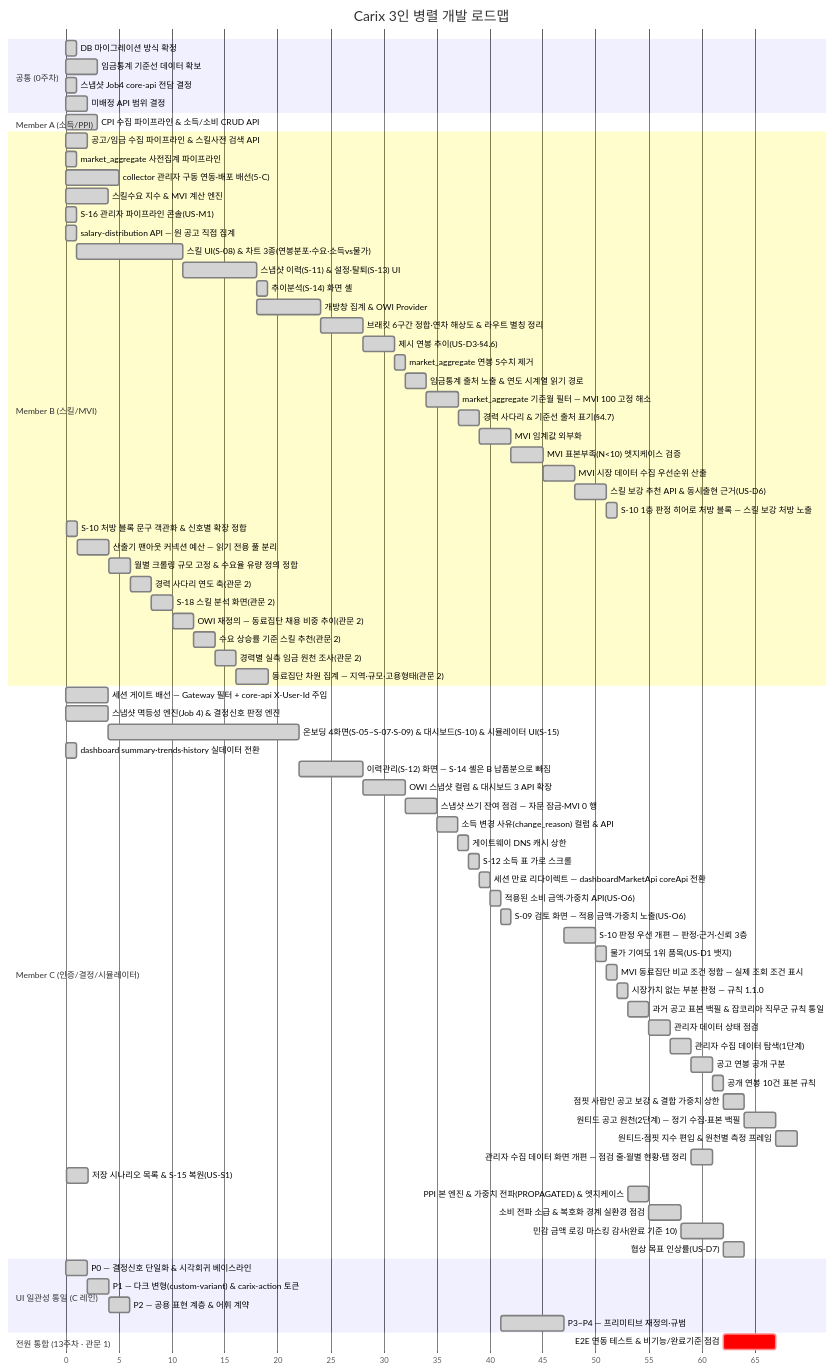
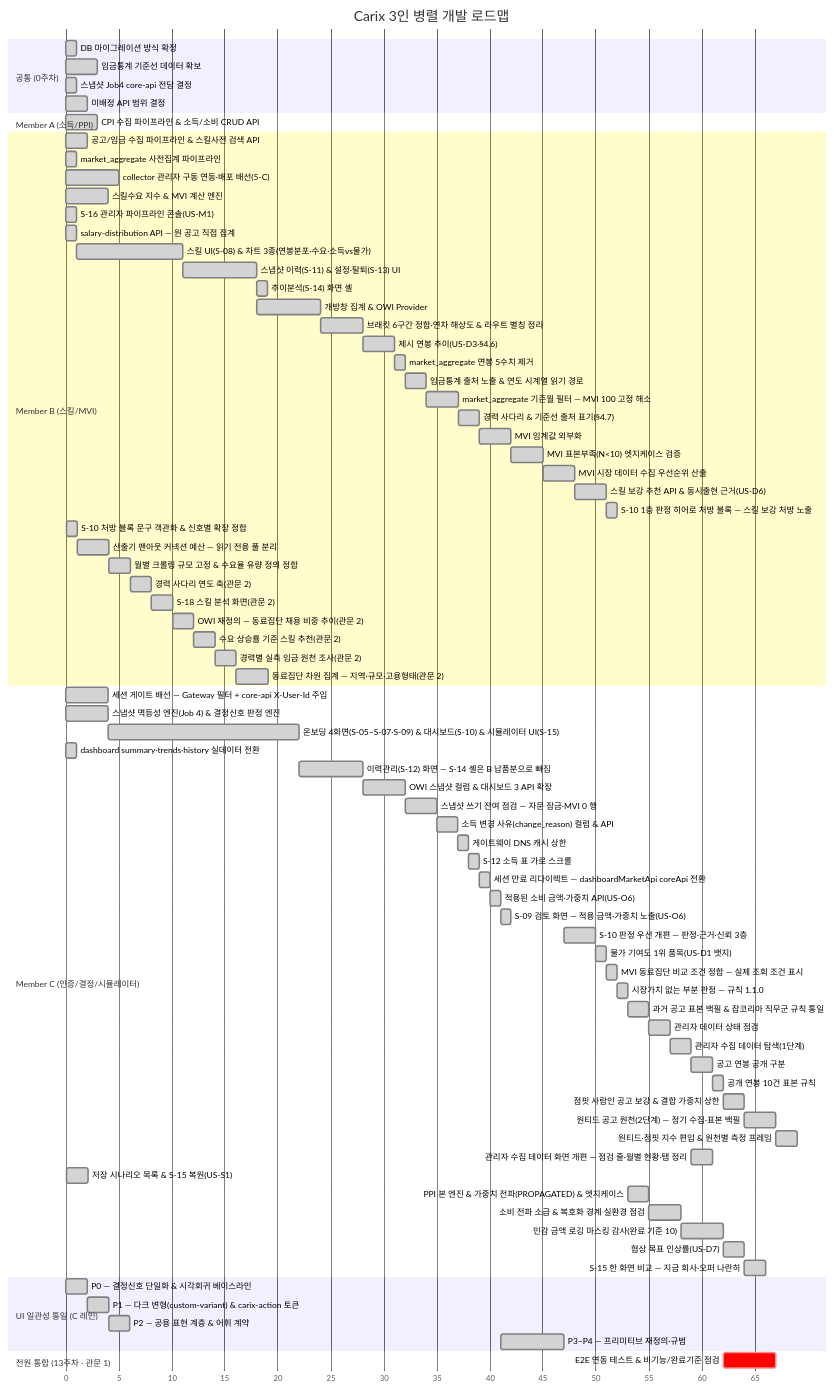
One commit to SeoHyeokGyu/Carix changed the first of 2 diagrams in docs/plans/carix-dev-plan.md. Above: the diagram before and after it, drawn with Mermaid. The commit also changed other lines of this file and 6 other files, not shown here.

```diff
--- a/docs/plans/carix-dev-plan.md
+++ b/docs/plans/carix-dev-plan.md
@@ -131,6 +131,7 @@
     소비 전파 소급 & 복호화 경계 실환경 점검 :done, a12, after a2 c9, 3s
     민감 금액 로깅 마스킹 감사(완료 기준 10) :done, a7, after a12, 4s
     협상 목표 인상률(US-D7) :done, c8, after a7, 2s
+    S-15 한 화면 비교 — 지금 회사·오퍼 나란히 :done, c33, after c8, 2s
     section UI 일관성 통일 (C 레인)
     P0 — 결정신호 단일화 & 시각회귀 베이스라인 :done, ui0, 33, 2s
     P1 — 다크 변형(custom-variant) & carix-action 토큰 :done, ui1, after ui0, 2s
```
